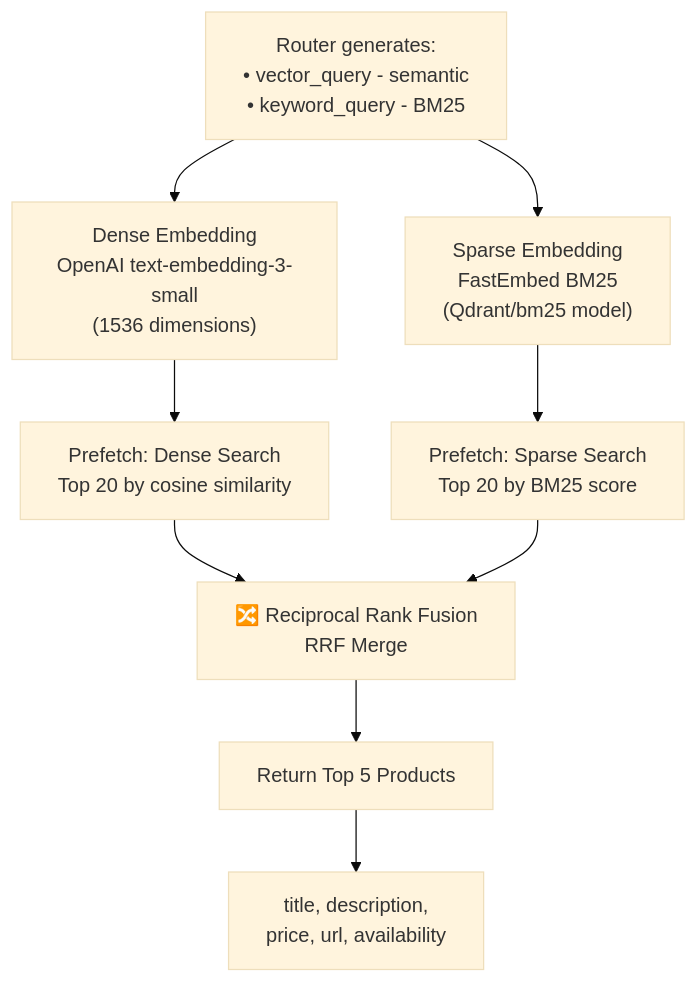
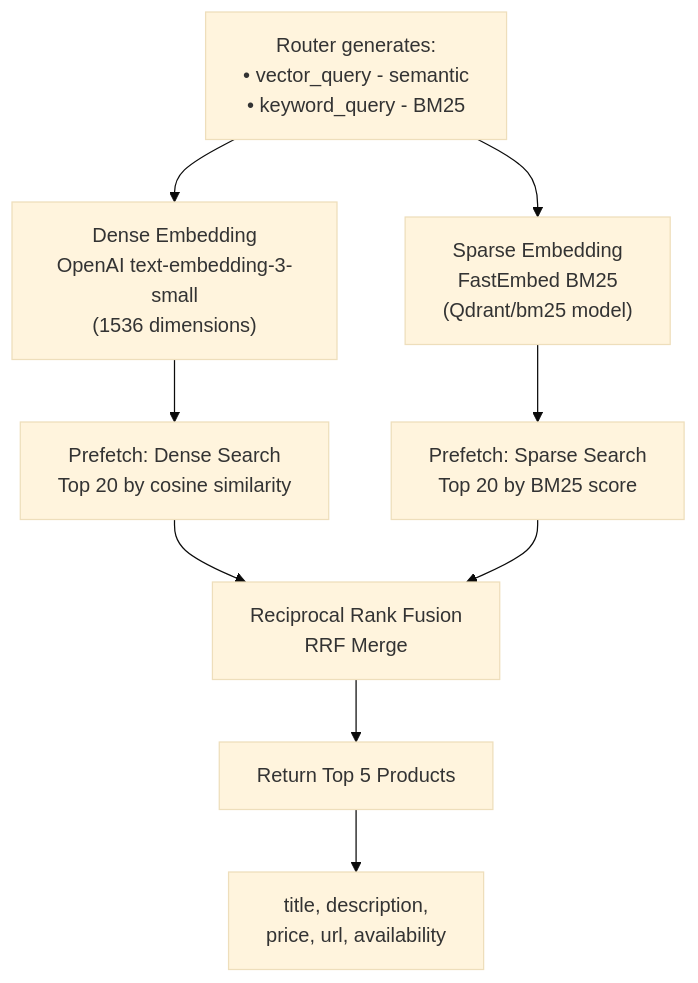
Before and after one commit to AsinduDeSilva/kapruka-gift-concierge: the seventh of 11 diagrams in ARCHITECTURE.md, drawn with Mermaid (base theme). The commit also changed other lines of this file and 3 other files, not shown here.

````diff
--- a/ARCHITECTURE.md
+++ b/ARCHITECTURE.md
@@ -301,16 +301,16 @@
 ```mermaid
 flowchart TD
     QUERY["Router generates:<br/>• vector_query - semantic<br/>• keyword_query - BM25"]
 
     QUERY --> DENSE_EMB["Dense Embedding<br/>OpenAI text-embedding-3-small<br/>(1536 dimensions)"]
     QUERY --> SPARSE_EMB["Sparse Embedding<br/>FastEmbed BM25<br/>(Qdrant/bm25 model)"]
 
     DENSE_EMB --> PREFETCH_D["Prefetch: Dense Search<br/>Top 20 by cosine similarity"]
     SPARSE_EMB --> PREFETCH_S["Prefetch: Sparse Search<br/>Top 20 by BM25 score"]
 
-    PREFETCH_D --> RRF["🔀 Reciprocal Rank Fusion<br/>RRF Merge"]
+    PREFETCH_D --> RRF["Reciprocal Rank Fusion<br/>RRF Merge"]
     PREFETCH_S --> RRF
 
     RRF --> TOP_K["Return Top 5 Products"]
     TOP_K --> RESULTS["title, description,<br/>price, url, availability"]
 ```
````
